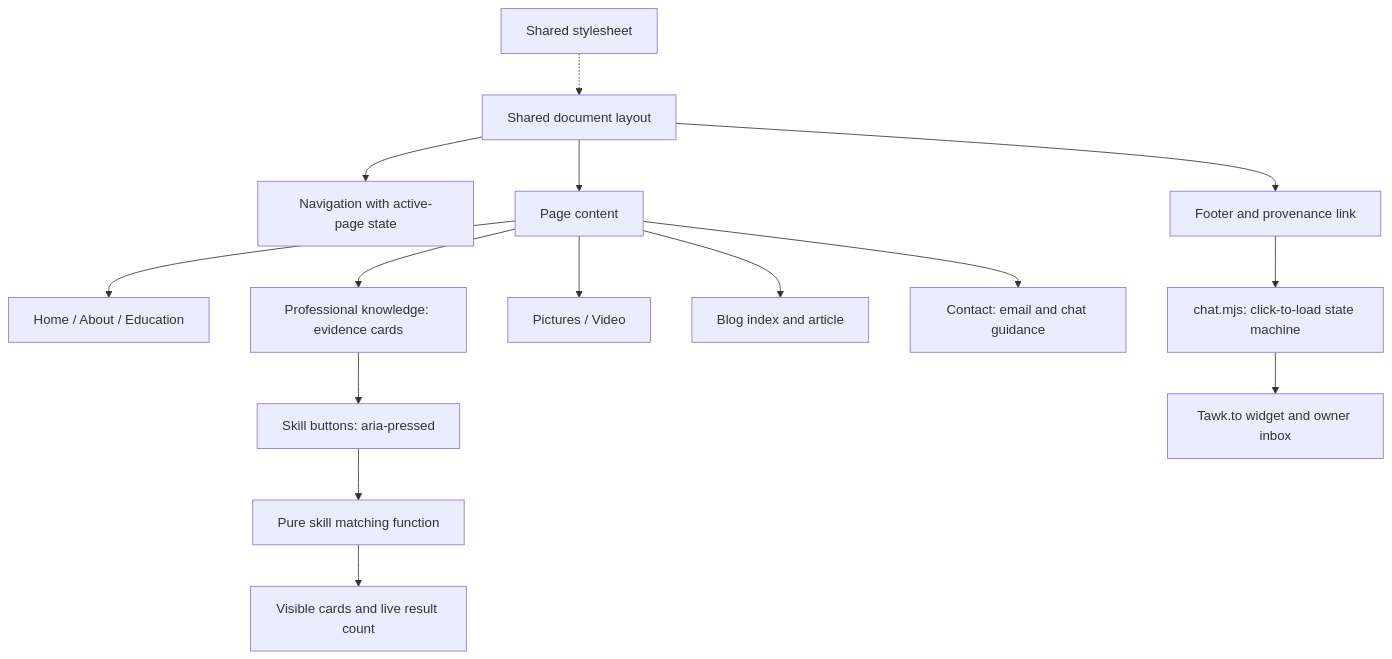
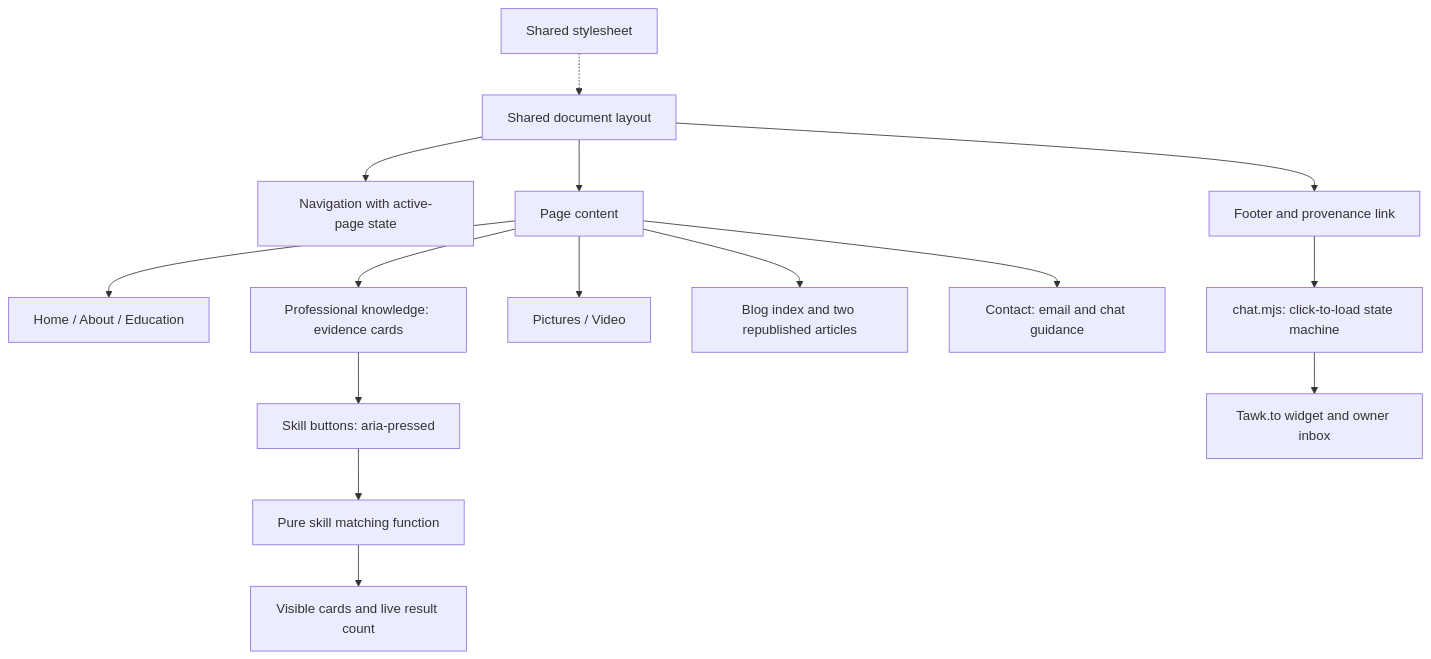
One commit to ChiragAgg5k/ul-university-notes changed the second of 3 diagrams in 2026-27/SEM1/CS5709 - Software Engineering Evolution/Assignment 1/DESIGN.md. Above: the diagram before and after it, drawn with Mermaid. The commit also changed other lines of this file and 14 other files, not shown here.

````diff
--- a/2026-27/SEM1/CS5709 - Software Engineering Evolution/Assignment 1/DESIGN.md
+++ b/2026-27/SEM1/CS5709 - Software Engineering Evolution/Assignment 1/DESIGN.md
@@ -32,17 +32,17 @@
 ```mermaid
 flowchart TD
   Layout[Shared document layout] --> Nav[Navigation with active-page state]
   Layout --> Main[Page content]
   Layout --> Footer[Footer and provenance link]
   Main --> Profile[Home / About / Education]
   Main --> Knowledge[Professional knowledge: evidence cards]
   Knowledge --> Controls[Skill buttons: aria-pressed]
   Controls --> Matching[Pure skill matching function]
   Matching --> Status[Visible cards and live result count]
   Main --> Media[Pictures / Video]
-  Main --> Blog[Blog index and article]
+  Main --> Blog[Blog index and two republished articles]
   Main --> Contact[Contact: email and chat guidance]
   Footer --> Loader[chat.mjs: click-to-load state machine]
   Loader --> Provider[Tawk.to widget and owner inbox]
   Styles[Shared stylesheet] -.-> Layout
 ```
````
